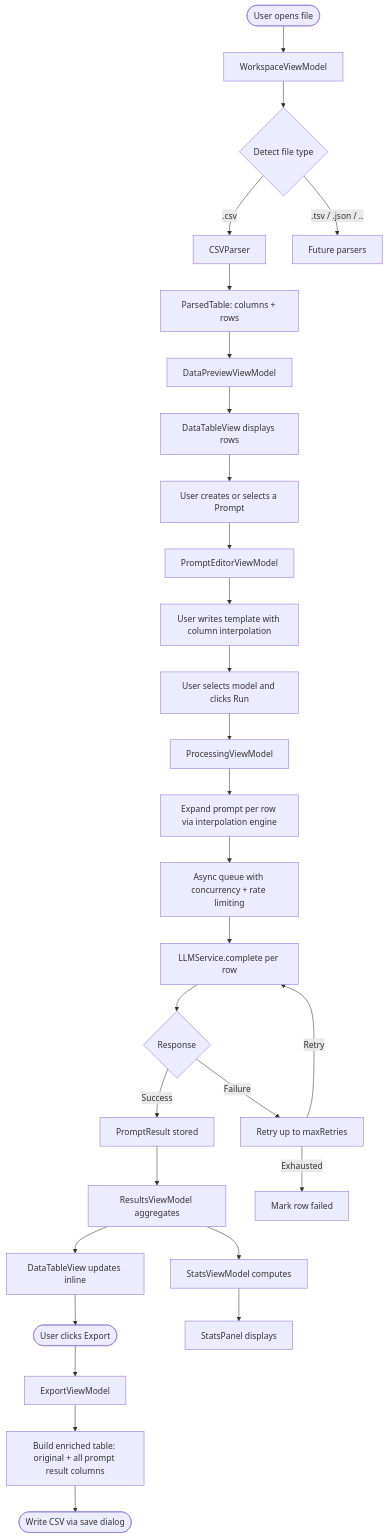
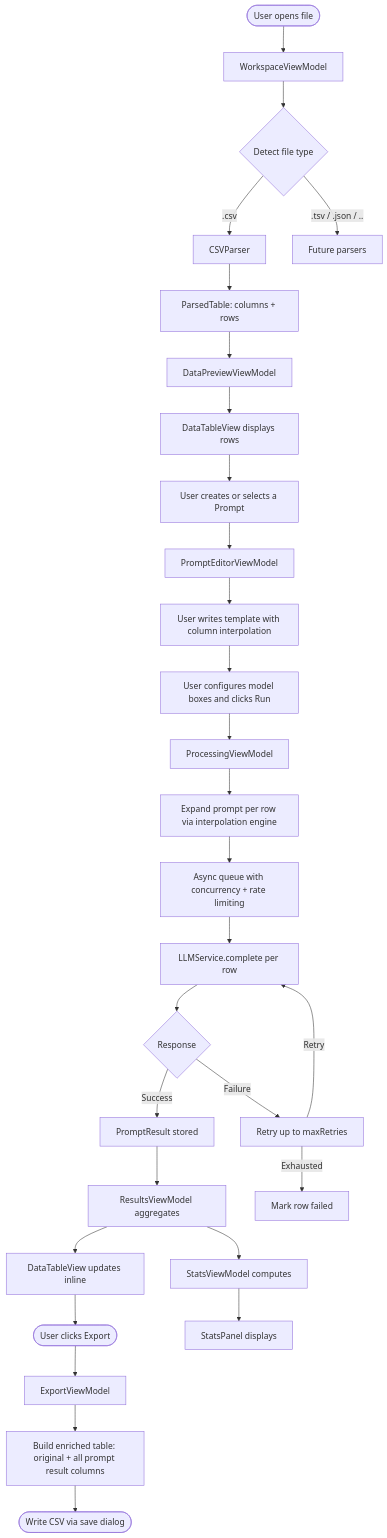
One commit to c0/quixote changed the second of 2 diagrams in SPEC.md. Above: the diagram before and after it, drawn with Mermaid. The commit also changed other lines of this file and 16 other files, not shown here.

````diff
--- a/SPEC.md
+++ b/SPEC.md
@@ -186,35 +202,35 @@
 ```mermaid
 flowchart TD
     A([User opens file]) --> B[WorkspaceViewModel]
     B --> C{Detect file type}
     C -->|.csv| D[CSVParser]
     C -->|.tsv / .json / ..| E[Future parsers]
     D --> F[ParsedTable: columns + rows]
     F --> G[DataPreviewViewModel]
     G --> H[DataTableView displays rows]
 
     H --> I[User creates or selects a Prompt]
     I --> J[PromptEditorViewModel]
     J --> K[User writes template with column interpolation]
-    K --> L[User selects model and clicks Run]
+    K --> L[User configures model boxes and clicks Run]
 
     L --> M[ProcessingViewModel]
     M --> N[Expand prompt per row via interpolation engine]
     N --> O[Async queue with concurrency + rate limiting]
     O --> P[LLMService.complete per row]
     P --> Q{Response}
     Q -->|Success| R[PromptResult stored]
     Q -->|Failure| S[Retry up to maxRetries]
     S -->|Exhausted| T[Mark row failed]
     S -->|Retry| P
 
     R --> U[ResultsViewModel aggregates]
     U --> V[DataTableView updates inline]
     U --> W[StatsViewModel computes]
     W --> X[StatsPanel displays]
 
     V --> Y([User clicks Export])
     Y --> Z[ExportViewModel]
     Z --> AA[Build enriched table: original + all prompt result columns]
     AA --> AB([Write CSV via save dialog])
 ```
````
